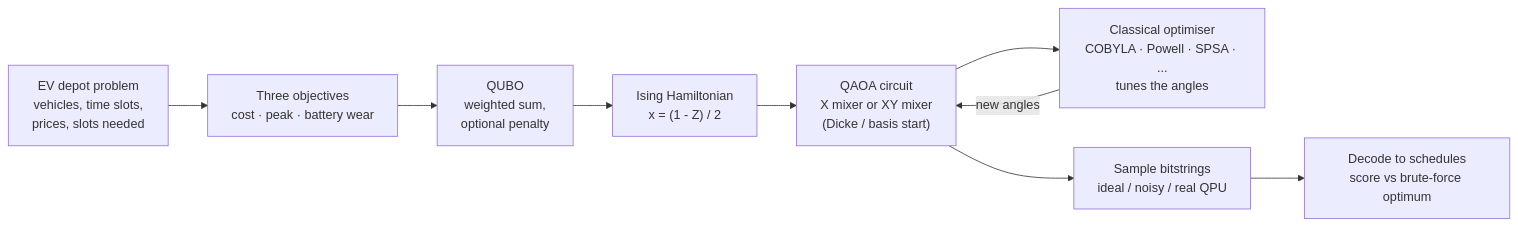
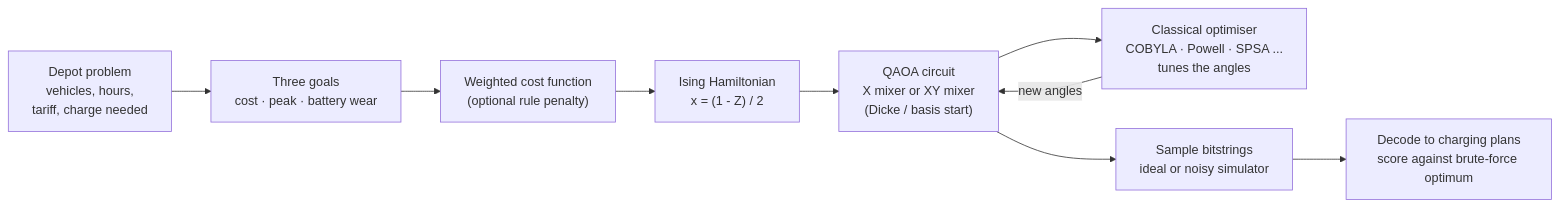
Before and after one commit to SakxamShrestha/quant5-fisk-IQ-hackathon: the first of 2 diagrams in README.md, drawn with Mermaid. The commit also changed other lines of this file and 68 other files, not shown here.

````diff
--- a/README.md
+++ b/README.md
@@ -21,11 +23,11 @@
 ```mermaid
 flowchart LR
-    A["EV depot problem<br/>vehicles, time slots,<br/>prices, slots needed"] --> B["Three objectives<br/>cost · peak · battery wear"]
-    B --> C["QUBO<br/>weighted sum,<br/>optional penalty"]
+    A["Depot problem<br/>vehicles, hours,<br/>tariff, charge needed"] --> B["Three goals<br/>cost · peak · battery wear"]
+    B --> C["Weighted cost function<br/>(optional rule penalty)"]
     C --> D["Ising Hamiltonian<br/>x = (1 - Z) / 2"]
     D --> E["QAOA circuit<br/>X mixer or XY mixer<br/>(Dicke / basis start)"]
-    E --> F["Classical optimiser<br/>COBYLA · Powell · SPSA · ...<br/>tunes the angles"]
+    E --> F["Classical optimiser<br/>COBYLA · Powell · SPSA ...<br/>tunes the angles"]
     F -->|new angles| E
-    E --> G["Sample bitstrings<br/>ideal / noisy / real QPU"]
-    G --> H["Decode to schedules<br/>score vs brute-force optimum"]
+    E --> G["Sample bitstrings<br/>ideal or noisy simulator"]
+    G --> H["Decode to charging plans<br/>score against brute-force optimum"]
 ```
````
